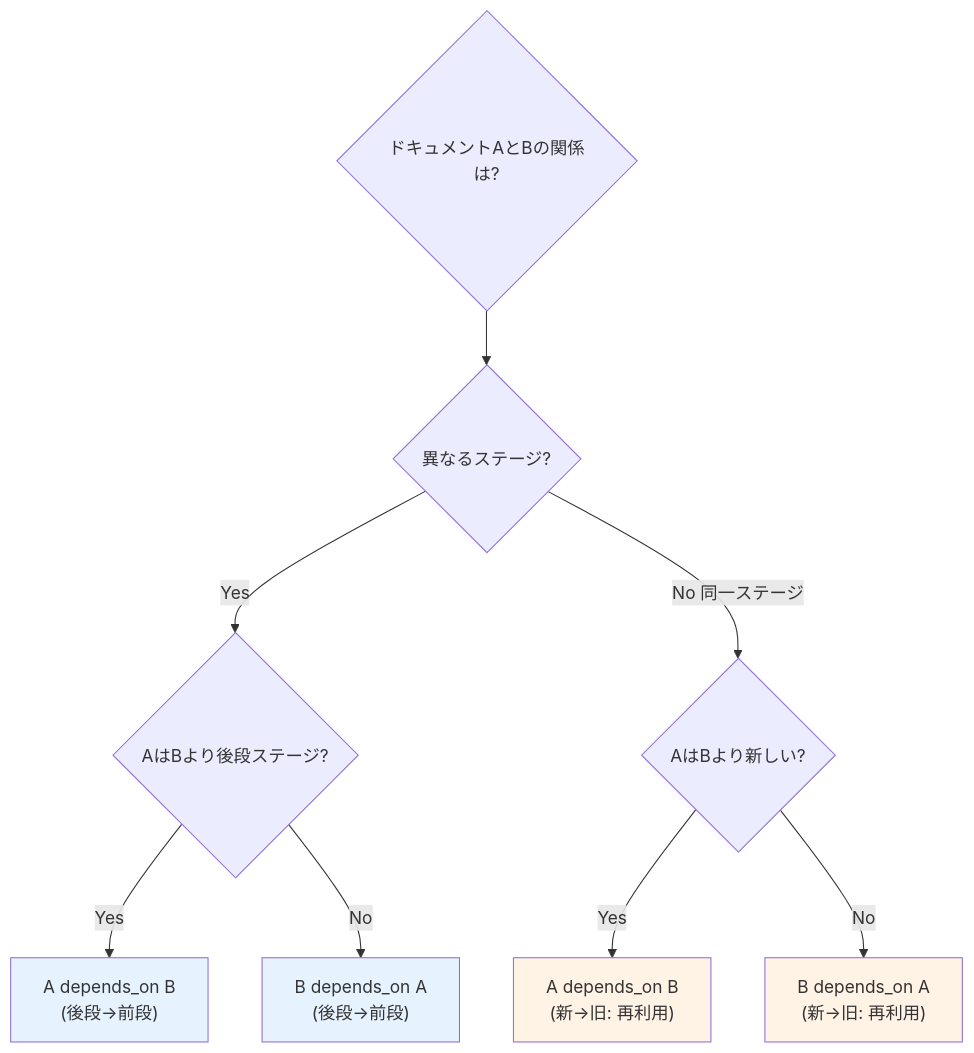
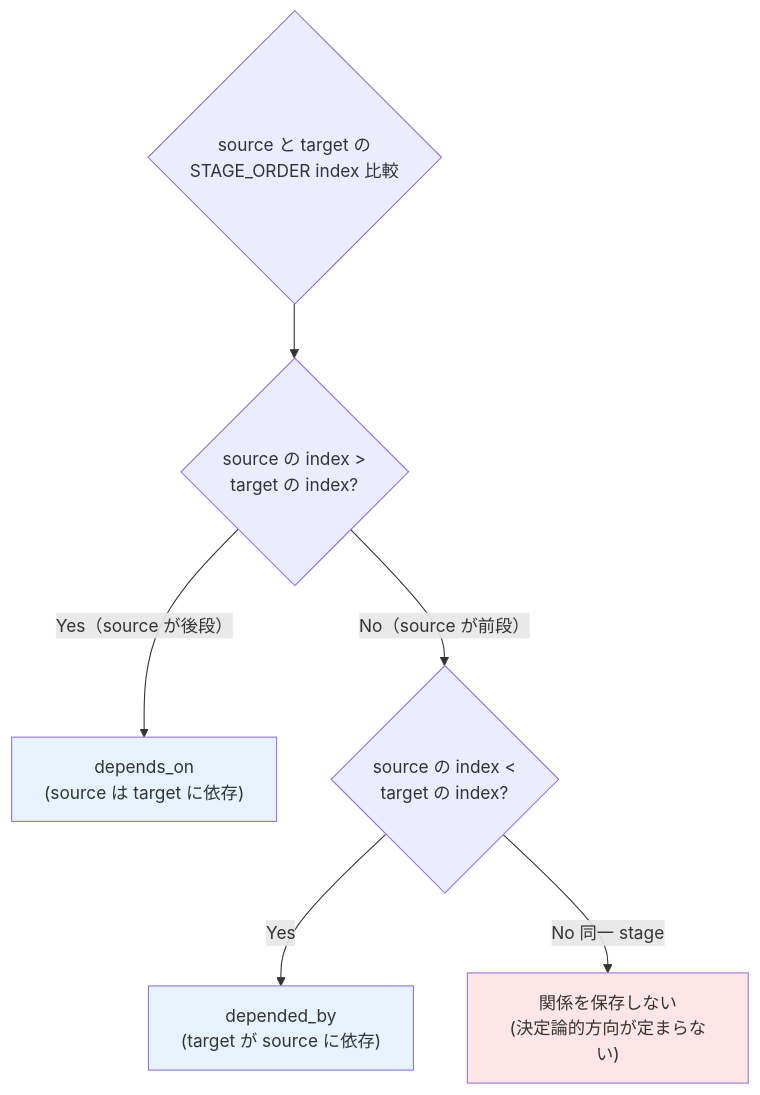
The sixth of 16 diagrams in docs/RELATIONSHIP_SPEC.md (hatasaki/Manufacturing-Intelligent-Document-Management), drawn with Mermaid before and after one commit. The commit also changed other lines of this file and 6 other files, not shown here.

````diff
--- a/docs/RELATIONSHIP_SPEC.md
+++ b/docs/RELATIONSHIP_SPEC.md
@@ -477,15 +463,12 @@
 ```mermaid
 flowchart TD
-    START{ドキュメントAとBの関係は?} --> CHK1{異なるステージ?}
-    CHK1 -->|Yes| CHK2{AはBより後段ステージ?}
-    CHK2 -->|Yes| R1["A depends_on B<br/>(後段→前段)"]
-    CHK2 -->|No| R2["B depends_on A<br/>(後段→前段)"]
-    CHK1 -->|No 同一ステージ| CHK3{AはBより新しい?}
-    CHK3 -->|Yes| R3["A depends_on B<br/>(新→旧: 再利用)"]
-    CHK3 -->|No| R4["B depends_on A<br/>(新→旧: 再利用)"]
+    START{source と target の<br/>STAGE_ORDER index 比較} --> CHK1{source の index ><br/>target の index?}
+    CHK1 -->|Yes（source が後段）| R1["depends_on<br/>(source は target に依存)"]
+    CHK1 -->|No（source が前段）| CHK2{source の index <<br/>target の index?}
+    CHK2 -->|Yes| R2["depended_by<br/>(target が source に依存)"]
+    CHK2 -->|No 同一 stage| R3["関係を保存しない<br/>(決定論的方向が定まらない)"]
 
     style R1 fill:#e6f3ff
     style R2 fill:#e6f3ff
-    style R3 fill:#fff3e6
-    style R4 fill:#fff3e6
+    style R3 fill:#ffe6e6
 ```
````
